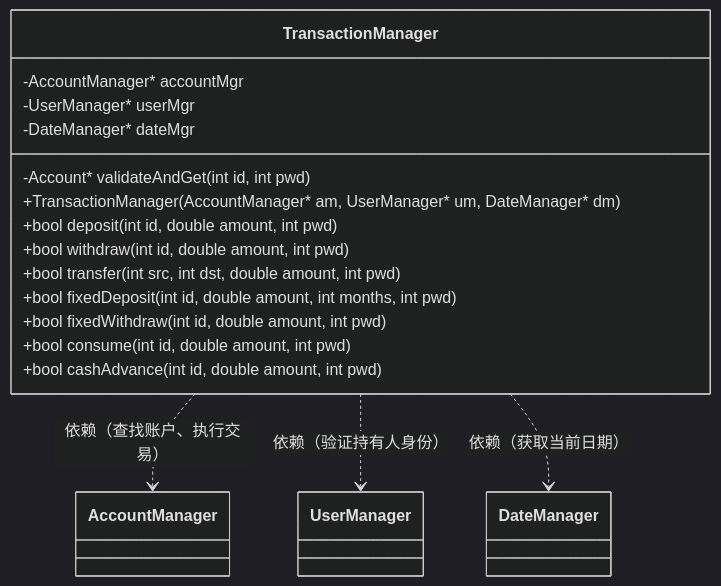
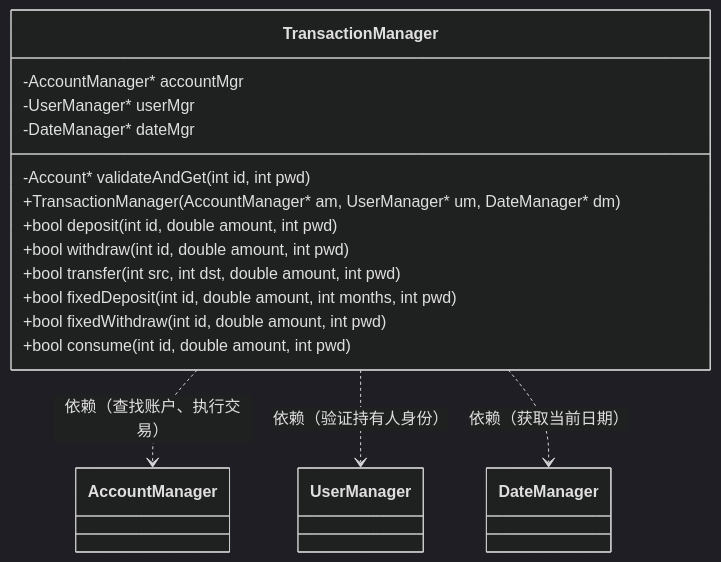
Diagram 11 of 17 in include/设计说明书.md (Suyouli0527/thu_cpphw_csc), drawn with Mermaid (dark theme) before and after one commit. The commit also changed other lines of this file and 11 other files, not shown here.

First line of the commit message:
Refactor CreditAccount to separate cash advance and consumption debts

````diff
--- a/include/设计说明书.md
+++ b/include/设计说明书.md
@@ -318,22 +309,21 @@
 ```mermaid
 classDiagram
     direction TB
     class TransactionManager {
         -AccountManager* accountMgr
         -UserManager* userMgr
         -DateManager* dateMgr
         -Account* validateAndGet(int id, int pwd)
         +TransactionManager(AccountManager* am, UserManager* um, DateManager* dm)
         +bool deposit(int id, double amount, int pwd)
         +bool withdraw(int id, double amount, int pwd)
         +bool transfer(int src, int dst, double amount, int pwd)
         +bool fixedDeposit(int id, double amount, int months, int pwd)
         +bool fixedWithdraw(int id, double amount, int pwd)
         +bool consume(int id, double amount, int pwd)
-        +bool cashAdvance(int id, double amount, int pwd)
     }
 
     TransactionManager ..> AccountManager : 依赖（查找账户、执行交易）
     TransactionManager ..> UserManager : 依赖（验证持有人身份）
     TransactionManager ..> DateManager : 依赖（获取当前日期）
 ```
````
